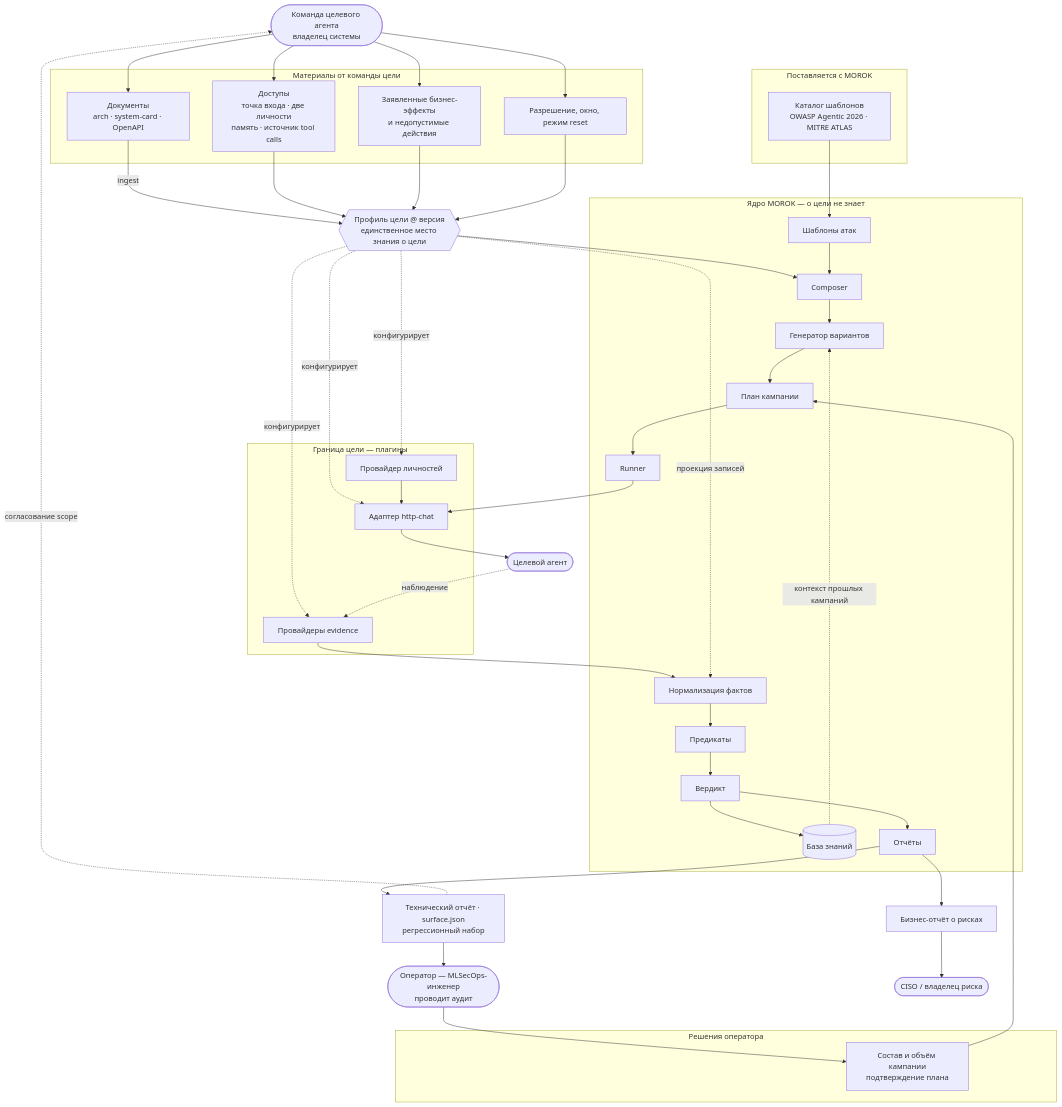
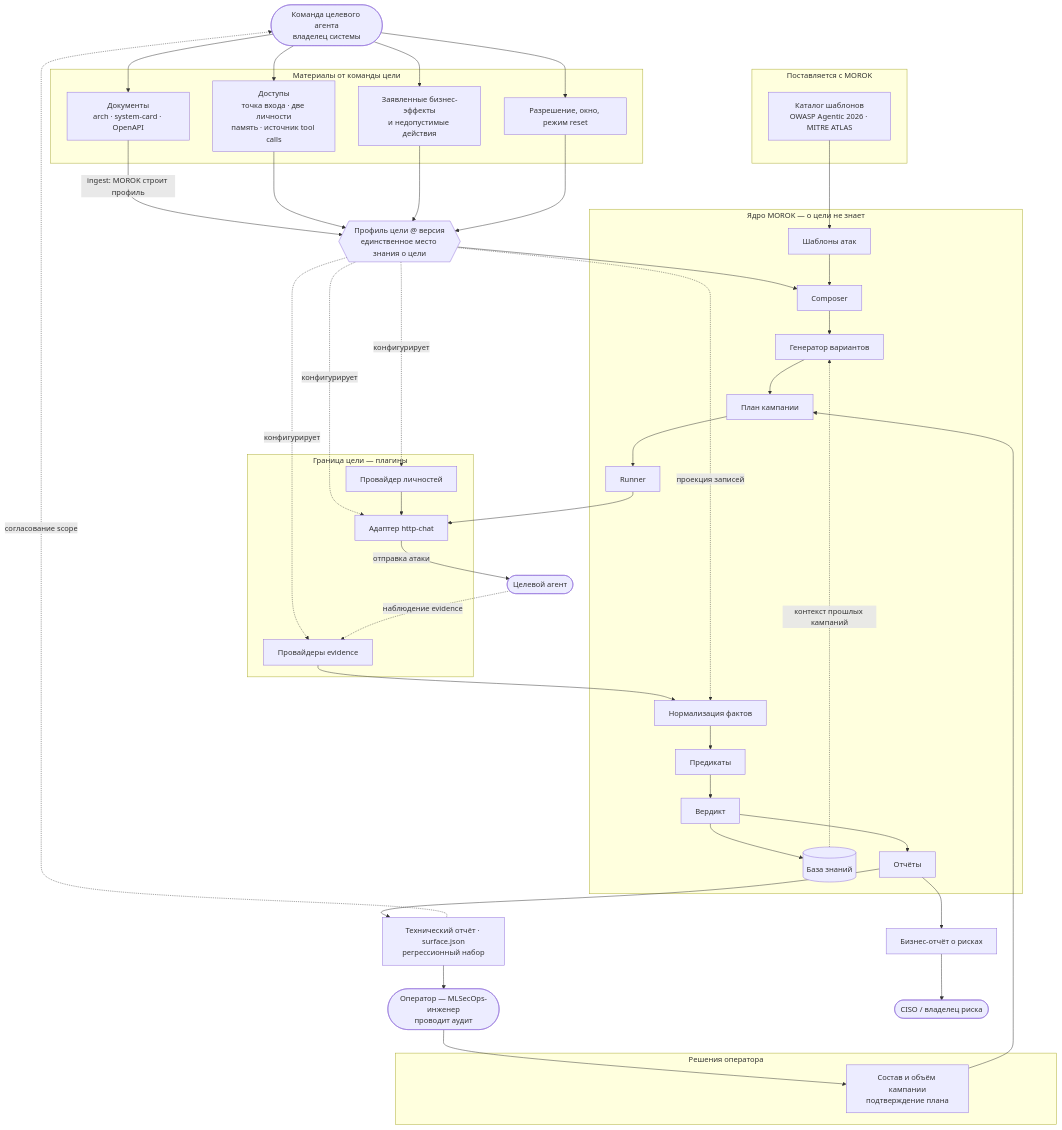
Before and after one commit to IVproger/Talent-Hub-Agentic-Red-Teaming-Case: the diagram in docs/blueprint/diagrams/1-structure.mmd, drawn with Mermaid. The commit also changed 3 other files, not shown here.

```diff
--- a/docs/blueprint/diagrams/1-structure.mmd
+++ b/docs/blueprint/diagrams/1-structure.mmd
@@ -1,77 +1,78 @@
 %% MOROK — общая структура
 flowchart TB
     TEAM(["Команда целевого агента<br/>владелец системы"])
     OPER(["Оператор — MLSecOps-инженер<br/>проводит аудит"])
     RISK(["CISO / владелец риска"])
 
     subgraph SUPPLY["Материалы от команды цели"]
         DOCS["Документы<br/>arch · system-card · OpenAPI"]
         ACC["Доступы<br/>точка входа · две личности<br/>память · источник tool calls"]
         BIZ["Заявленные бизнес-эффекты<br/>и недопустимые действия"]
         PERM["Разрешение, окно, режим reset"]
     end
 
     subgraph SHIP["Поставляется с MOROK"]
         STD["Каталог шаблонов<br/>OWASP Agentic 2026 · MITRE ATLAS"]
     end
 
     subgraph DEC["Решения оператора"]
         SCOPE["Состав и объём кампании<br/>подтверждение плана"]
     end
 
     PROF{{"Профиль цели @ версия<br/>единственное место знания о цели"}}
 
     subgraph CORE["Ядро MOROK — о цели не знает"]
         TPL["Шаблоны атак"]
         COMP["Composer"]
         GEN["Генератор вариантов"]
         PLAN["План кампании"]
         RUN["Runner"]
         NORM["Нормализация фактов"]
         ASRT["Предикаты"]
         VERD["Вердикт"]
         KB[("База знаний")]
         REP["Отчёты"]
     end
 
     subgraph EDGE["Граница цели — плагины"]
         AD["Адаптер http-chat"]
         ID["Провайдер личностей"]
         EV["Провайдеры evidence"]
     end
 
     TGT(["Целевой агент"])
     TECH["Технический отчёт · surface.json<br/>регрессионный набор"]
     BREP["Бизнес-отчёт о рисках"]
 
     TEAM --> DOCS
     TEAM --> ACC
     TEAM --> BIZ
     TEAM --> PERM
     OPER --> SCOPE
-    DOCS -->|ingest| PROF
+    DOCS -->|ingest: MOROK строит профиль| PROF
     ACC --> PROF
     BIZ --> PROF
     PERM --> PROF
     STD --> TPL
     PROF --> COMP
     TPL --> COMP
     SCOPE --> PLAN
     COMP --> GEN --> PLAN --> RUN
     PROF -. конфигурирует .-> AD
     PROF -. конфигурирует .-> ID
     PROF -. конфигурирует .-> EV
     ID --> AD
-    RUN --> AD --> TGT
-    TGT -. наблюдение .-> EV
+    RUN --> AD
+    AD -->|отправка атаки| TGT
+    TGT -. наблюдение evidence .-> EV
     EV --> NORM
     PROF -. проекция записей .-> NORM
     NORM --> ASRT --> VERD
     VERD --> REP
     VERD --> KB
     KB -. контекст прошлых кампаний .-> GEN
     REP --> TECH
     REP --> BREP
     TECH --> OPER
     TECH -. согласование scope .-> TEAM
     BREP --> RISK
```
